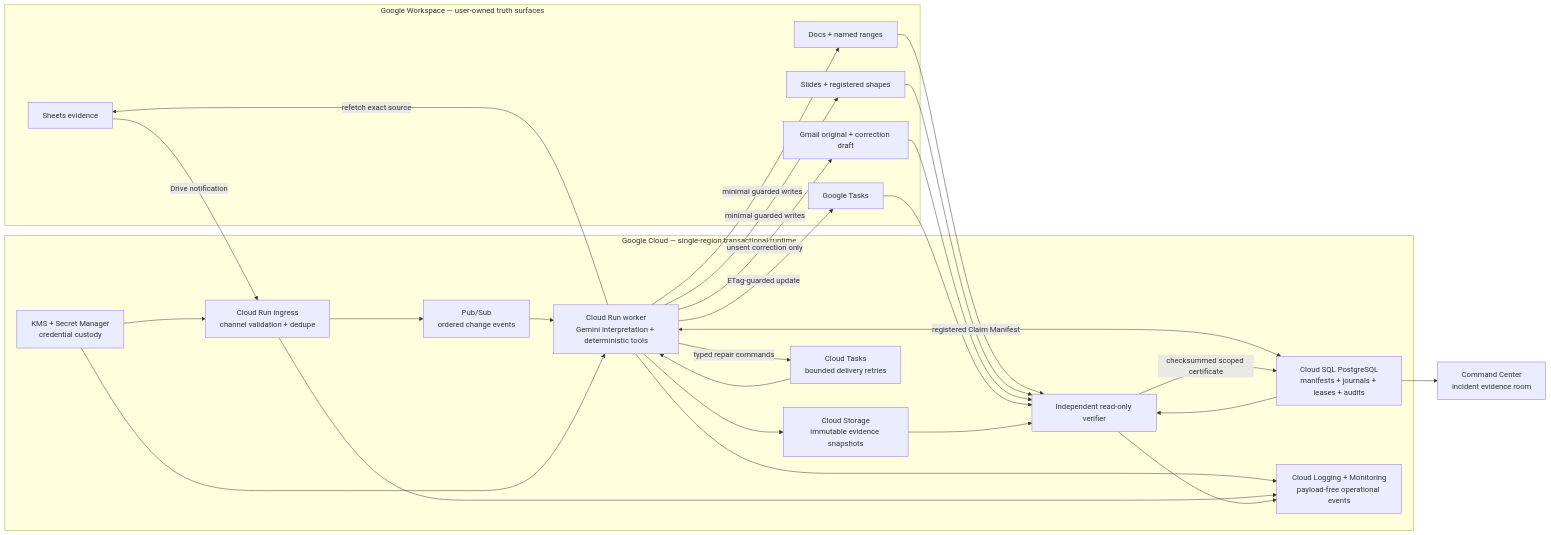
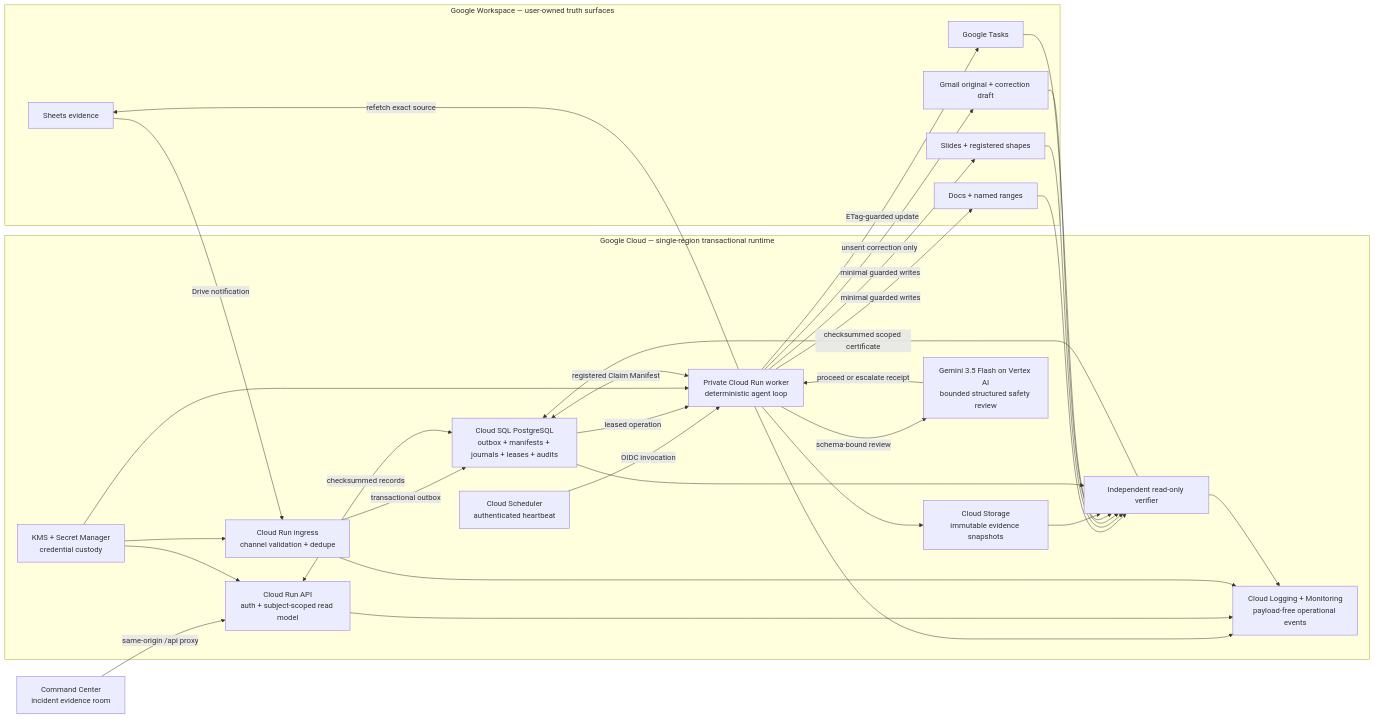
The first of 2 diagrams in docs/architecture.md (RudraBhaskar9439/veritas), drawn with Mermaid before and after one commit. The commit also changed other lines of this file and 59 other files, not shown here.

````diff
--- a/docs/architecture.md
+++ b/docs/architecture.md
@@ -3,50 +3,55 @@
 ```mermaid
 flowchart LR
   subgraph Workspace["Google Workspace — user-owned truth surfaces"]
     Sheet["Sheets evidence"]
     Docs["Docs + named ranges"]
     Slides["Slides + registered shapes"]
     Gmail["Gmail original + correction draft"]
     Tasks["Google Tasks"]
   end
 
   subgraph Cloud["Google Cloud — single-region transactional runtime"]
+    API["Cloud Run API\nauth + subject-scoped read model"]
     Ingress["Cloud Run ingress\nchannel validation + dedupe"]
-    Events["Pub/Sub\nordered change events"]
     Snapshots["Cloud Storage\nimmutable evidence snapshots"]
-    Worker["Cloud Run worker\nGemini interpretation + deterministic tools"]
-    Queue["Cloud Tasks\nbounded delivery retries"]
-    Database["Cloud SQL PostgreSQL\nmanifests + journals + leases + audits"]
+    Scheduler["Cloud Scheduler\nauthenticated heartbeat"]
+    Worker["Private Cloud Run worker\ndeterministic agent loop"]
+    Gemini["Gemini 3.5 Flash on Vertex AI\nbounded structured safety review"]
+    Database["Cloud SQL PostgreSQL\noutbox + manifests + journals + leases + audits"]
     KMS["KMS + Secret Manager\ncredential custody"]
     Verify["Independent read-only verifier"]
     Logs["Cloud Logging + Monitoring\npayload-free operational events"]
   end
 
   UI["Command Center\nincident evidence room"]
 
   Sheet -->|"Drive notification"| Ingress
-  Ingress --> Events
-  Events --> Worker
+  Ingress -->|"transactional outbox"| Database
+  Scheduler -->|"OIDC invocation"| Worker
+  Database -->|"leased operation"| Worker
   Worker -->|"refetch exact source"| Sheet
   Worker --> Snapshots
+  Worker -->|"schema-bound review"| Gemini
+  Gemini -->|"proceed or escalate receipt"| Worker
   Worker <-->|"registered Claim Manifest"| Database
-  Worker -->|"typed repair commands"| Queue
-  Queue --> Worker
   Worker -->|"minimal guarded writes"| Docs
   Worker -->|"minimal guarded writes"| Slides
   Worker -->|"unsent correction only"| Gmail
   Worker -->|"ETag-guarded update"| Tasks
   KMS --> Worker
   KMS --> Ingress
   Docs --> Verify
   Slides --> Verify
   Gmail --> Verify
   Tasks --> Verify
   Snapshots --> Verify
   Database --> Verify
   Verify -->|"checksummed scoped certificate"| Database
-  Database --> UI
+  UI -->|"same-origin /api proxy"| API
+  API <-->|"checksummed records"| Database
+  KMS --> API
   Worker --> Logs
+  API --> Logs
   Ingress --> Logs
   Verify --> Logs
 ```
````
